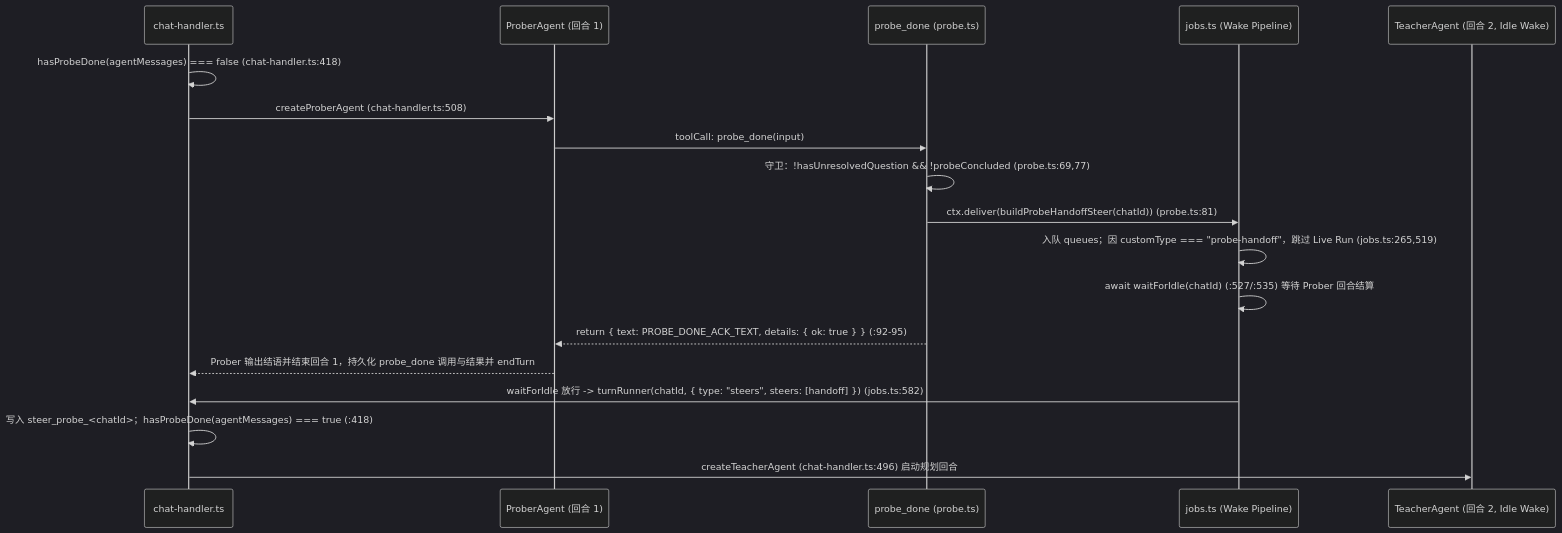
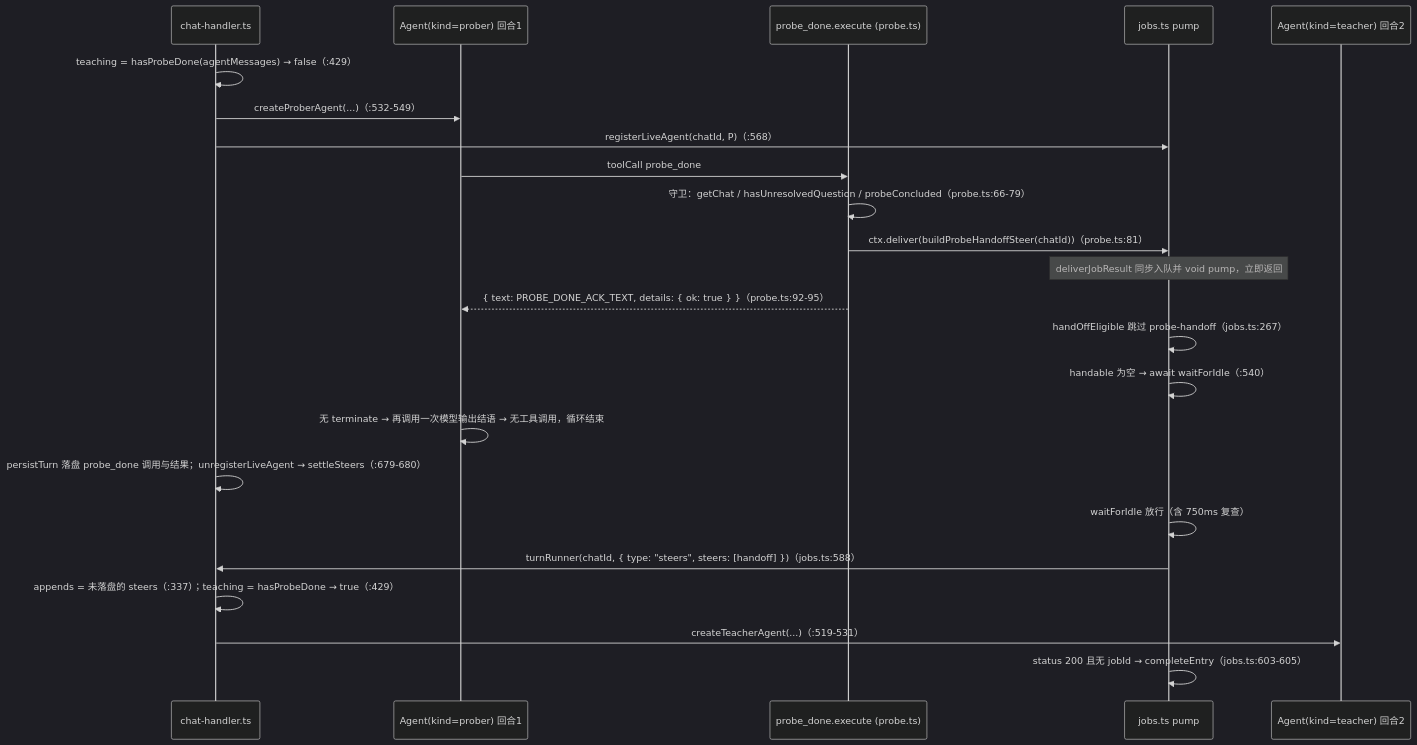
The diagram in agent-harness-dissector/SKILL.md (nakseuksa/SKILL), drawn with Mermaid (dark theme) before and after one commit. The commit also changed other lines of this file and 2 other files, not shown here.

````diff
--- a/agent-harness-dissector/SKILL.md
+++ b/agent-harness-dissector/SKILL.md
@@ -161,21 +192,26 @@
 ```mermaid
 sequenceDiagram
-    participant Handler as chat-handler.ts
-    participant Prober as ProberAgent (回合 1)
-    participant Tool as probe_done (probe.ts)
-    participant Jobs as jobs.ts (Wake Pipeline)
-    participant Teacher as TeacherAgent (回合 2, Idle Wake)
+    participant H as chat-handler.ts
+    participant P as Agent(kind=prober) 回合1
+    participant T as probe_done.execute (probe.ts)
+    participant J as jobs.ts pump
+    participant W as Agent(kind=teacher) 回合2
 
-    Handler->>Handler: hasProbeDone(agentMessages) === false (chat-handler.ts:418)
-    Handler->>Prober: createProberAgent (chat-handler.ts:508)
-    Prober->>Tool: toolCall: probe_done(input)
-    Tool->>Tool: 守卫：!hasUnresolvedQuestion && !probeConcluded (probe.ts:69,77)
-    Tool->>Jobs: ctx.deliver(buildProbeHandoffSteer(chatId)) (probe.ts:81)
-    Jobs->>Jobs: 入队 queues；因 customType === "probe-handoff"，跳过 Live Run (jobs.ts:265,519)
-    Jobs->>Jobs: await waitForIdle(chatId) (:527/:535) 等待 Prober 回合结算
-    Tool-->>Prober: return { text: PROBE_DONE_ACK_TEXT, details: { ok: true } } (:92-95)
-    Prober-->>Handler: Prober 输出结语并结束回合 1，持久化 probe_done 调用与结果并 endTurn
-    Jobs->>Handler: waitForIdle 放行 -> turnRunner(chatId, { type: "steers", steers: [handoff] }) (jobs.ts:582)
-    Handler->>Handler: 写入 steer_probe_<chatId>；hasProbeDone(agentMessages) === true (:418)
-    Handler->>Teacher: createTeacherAgent (chat-handler.ts:496) 启动规划回合
+    H->>H: teaching = hasProbeDone(agentMessages) → false（:429）
+    H->>P: createProberAgent(...)（:532-549）
+    H->>J: registerLiveAgent(chatId, P)（:568）
+    P->>T: toolCall probe_done
+    T->>T: 守卫：getChat / hasUnresolvedQuestion / probeConcluded（probe.ts:66-79）
+    T->>J: ctx.deliver(buildProbeHandoffSteer(chatId))（probe.ts:81）
+    Note over J: deliverJobResult 同步入队并 void pump，立即返回
+    T-->>P: { text: PROBE_DONE_ACK_TEXT, details: { ok: true } }（probe.ts:92-95）
+    J->>J: handOffEligible 跳过 probe-handoff（jobs.ts:267）
+    J->>J: handable 为空 → await waitForIdle（:540）
+    P->>P: 无 terminate → 再调用一次模型输出结语 → 无工具调用，循环结束
+    H->>H: persistTurn 落盘 probe_done 调用与结果；unregisterLiveAgent → settleSteers（:679-680）
+    J->>J: waitForIdle 放行（含 750ms 复查）
+    J->>H: turnRunner(chatId, { type: "steers", steers: [handoff] })（jobs.ts:588）
+    H->>H: appends = 未落盘的 steers（:337）；teaching = hasProbeDone → true（:429）
+    H->>W: createTeacherAgent(...)（:519-531）
+    J->>J: status 200 且无 jobId → completeEntry（jobs.ts:603-605）
 ```
````
